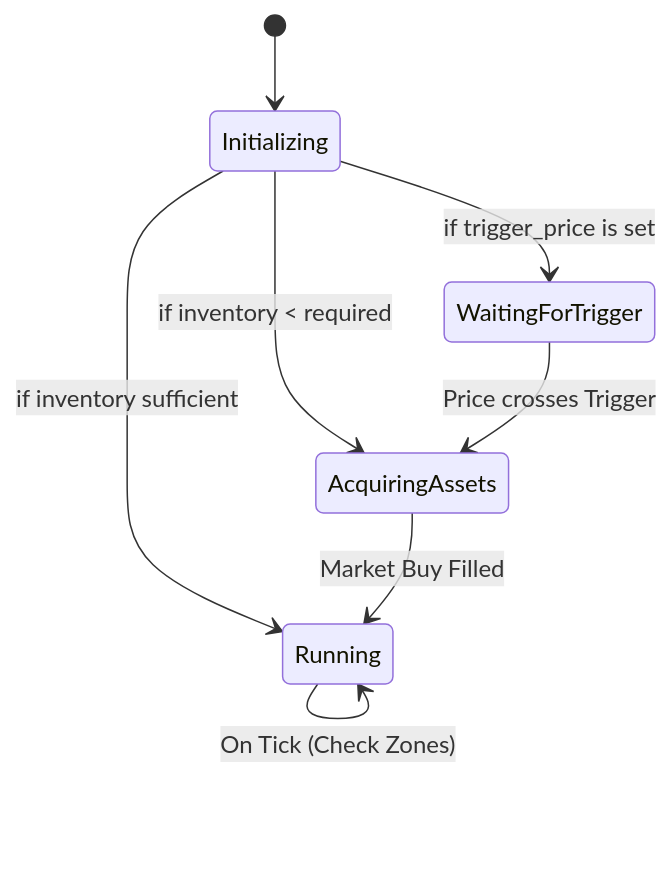
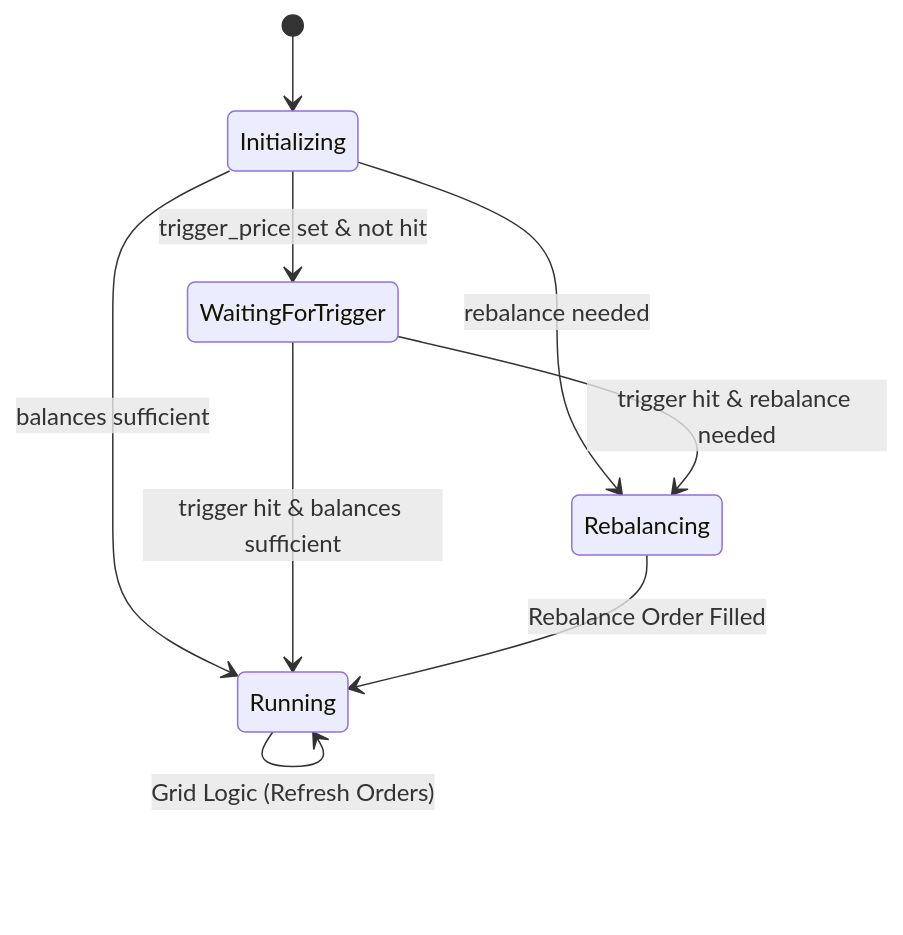
One commit to smohantty/hyperliquid-trading-bot changed the diagram in docs/strategies/spot_grid.md. Above: the diagram before and after it, drawn with Mermaid. The commit also changed other lines of this file, not shown here.

Commit message:
docs: update spot grid strategy documentation for rebalancing and validation

````diff
--- a/docs/strategies/spot_grid.md
+++ b/docs/strategies/spot_grid.md
@@ -21,12 +21,15 @@
 ```mermaid
 stateDiagram-v2
     [*] --> Initializing
-    Initializing --> WaitingForTrigger: if trigger_price is set
-    Initializing --> AcquiringAssets: if inventory < required
-    Initializing --> Running: if inventory sufficient
     
-    WaitingForTrigger --> AcquiringAssets: Price crosses Trigger
-    AcquiringAssets --> Running: Market Buy Filled
+    Initializing --> WaitingForTrigger: trigger_price set & not hit
+    Initializing --> Rebalancing: rebalance needed
+    Initializing --> Running: balances sufficient
     
-    Running --> Running: On Tick (Check Zones)
+    WaitingForTrigger --> Rebalancing: trigger hit & rebalance needed
+    WaitingForTrigger --> Running: trigger hit & balances sufficient
+    
+    Rebalancing --> Running: Rebalance Order Filled
+    
+    Running --> Running: Grid Logic (Refresh Orders)
 ```
````
